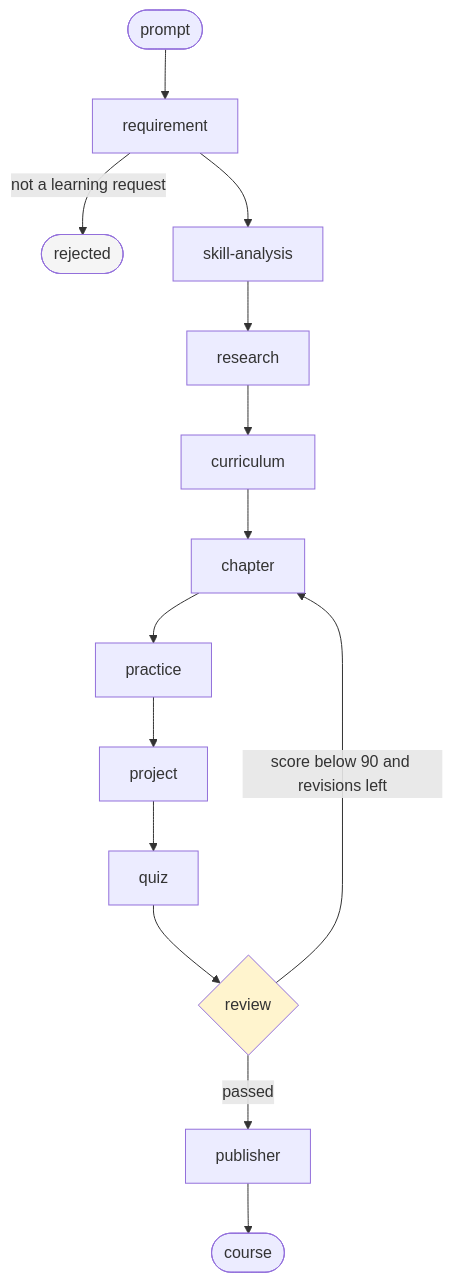
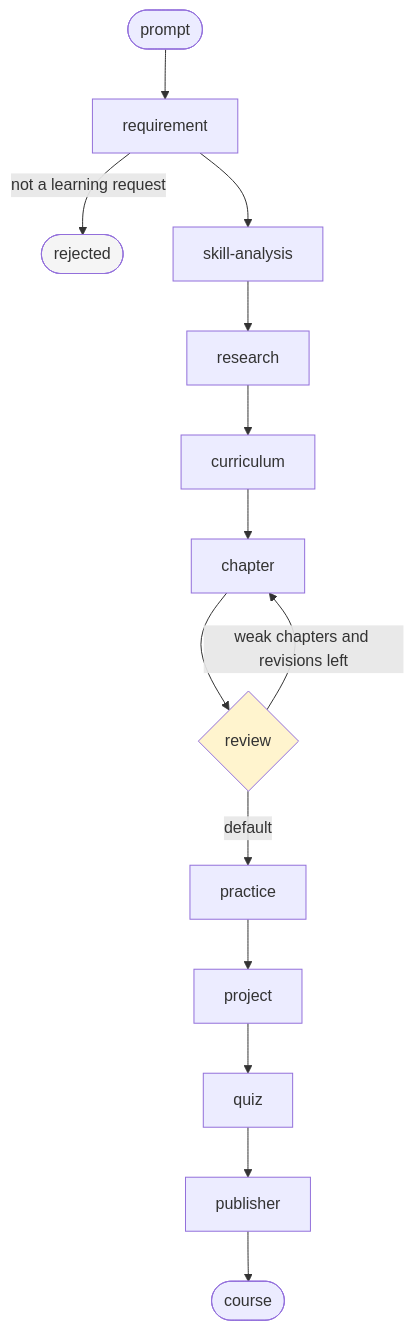
The third of 3 diagrams in docs/architecture.md (himanshuluciferr/LearnForgeAI), drawn with Mermaid before and after one commit. The commit also changed other lines of this file and 11 other files, not shown here.

````diff
--- a/docs/architecture.md
+++ b/docs/architecture.md
@@ -134,19 +134,19 @@
 ```mermaid
 flowchart TD
     START([prompt]) --> REQ[requirement]
     REQ -->|not a learning request| REJ([rejected])
     REQ --> SKILL[skill-analysis]
     SKILL --> RES[research]
     RES --> CUR[curriculum]
     CUR --> CH[chapter]
-    CH --> PRAC[practice]
+    CH --> REV{review}
+    REV -->|weak chapters and revisions left| CH
+    REV -->|default| PRAC[practice]
     PRAC --> PROJ[project]
     PROJ --> QUIZ[quiz]
-    QUIZ --> REV{review}
-    REV -->|score below 90 and revisions left| CH
-    REV -->|passed| PUB[publisher]
+    QUIZ --> PUB[publisher]
     PUB --> DONE([course])
 
     style REJ fill:#f5f5f5
     style REV fill:#fff4ce
 ```
````
